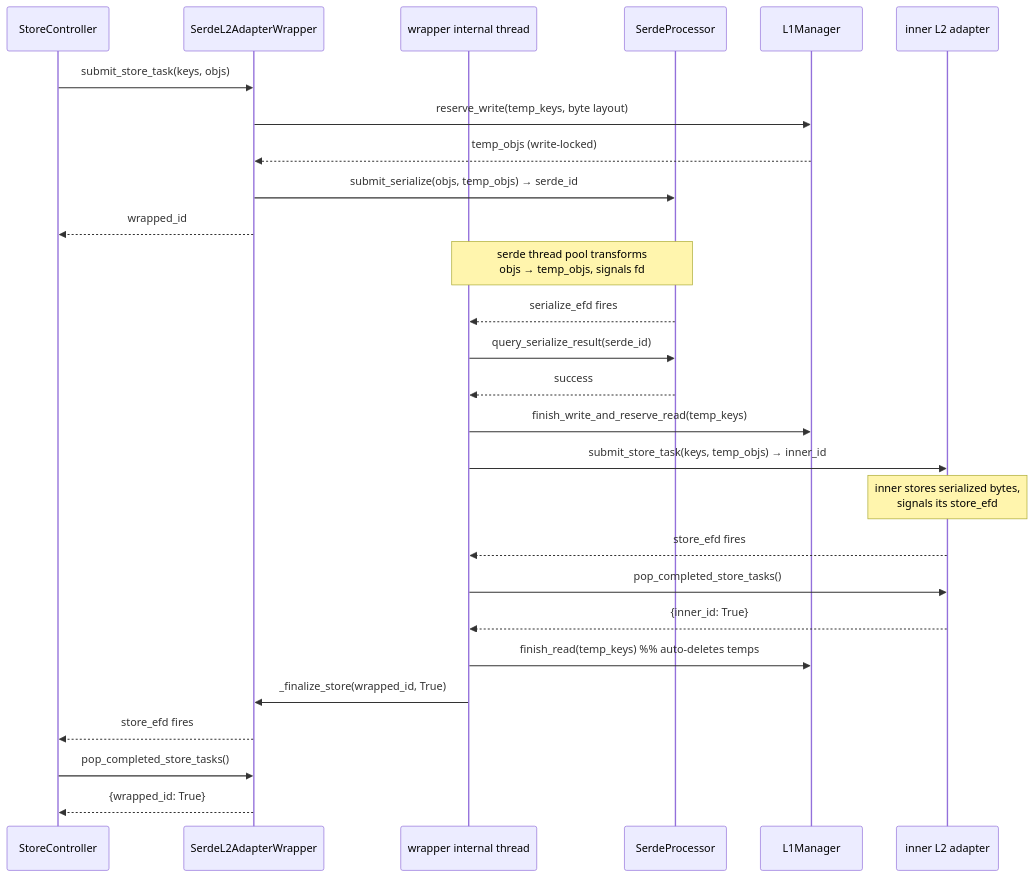
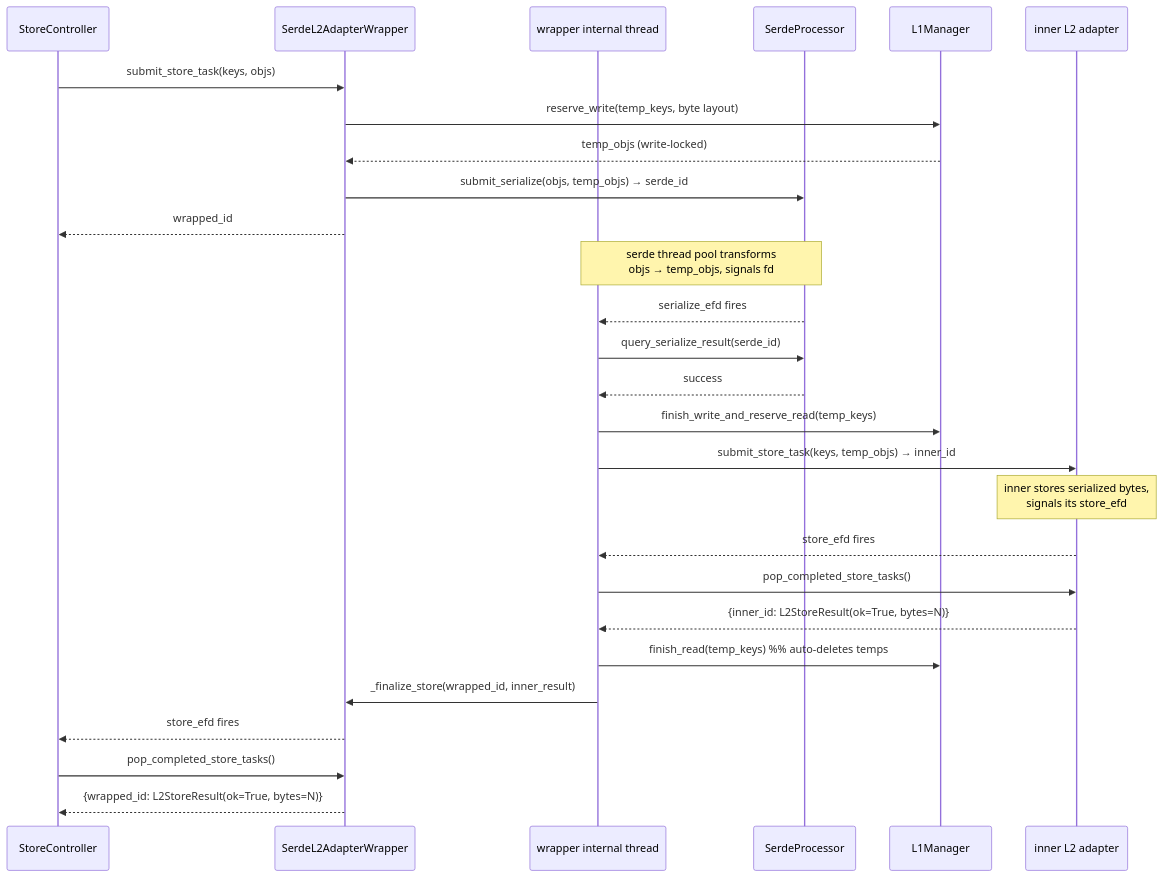
One commit to LMCache/LMCache changed the first of 2 diagrams in docs/design/v1/distributed/l2_adapters/serde_wrapper.md. Above: the diagram before and after it, drawn with Mermaid. The commit also changed other lines of this file and 2 other files, not shown here.

````diff
--- a/docs/design/v1/distributed/l2_adapters/serde_wrapper.md
+++ b/docs/design/v1/distributed/l2_adapters/serde_wrapper.md
@@ -97,35 +99,35 @@
 ```mermaid
 sequenceDiagram
     participant Controller as StoreController
     participant W as SerdeL2AdapterWrapper
     participant Thread as wrapper internal thread
     participant Serde as SerdeProcessor
     participant L1 as L1Manager
     participant Inner as inner L2 adapter
 
     Controller->>W: submit_store_task(keys, objs)
     W->>L1: reserve_write(temp_keys, byte layout)
     L1-->>W: temp_objs (write-locked)
     W->>Serde: submit_serialize(objs, temp_objs) → serde_id
     W-->>Controller: wrapped_id
 
     Note over Serde,Thread: serde thread pool transforms<br/>objs → temp_objs, signals fd
 
     Serde-->>Thread: serialize_efd fires
     Thread->>Serde: query_serialize_result(serde_id)
     Serde-->>Thread: success
     Thread->>L1: finish_write_and_reserve_read(temp_keys)
     Thread->>Inner: submit_store_task(keys, temp_objs) → inner_id
 
     Note over Inner: inner stores serialized bytes,<br/>signals its store_efd
 
     Inner-->>Thread: store_efd fires
     Thread->>Inner: pop_completed_store_tasks()
-    Inner-->>Thread: {inner_id: True}
+    Inner-->>Thread: {inner_id: L2StoreResult(ok=True, bytes=N)}
     Thread->>L1: finish_read(temp_keys)   %% auto-deletes temps
-    Thread->>W: _finalize_store(wrapped_id, True)
+    Thread->>W: _finalize_store(wrapped_id, inner_result)
     W-->>Controller: store_efd fires
 
     Controller->>W: pop_completed_store_tasks()
-    W-->>Controller: {wrapped_id: True}
+    W-->>Controller: {wrapped_id: L2StoreResult(ok=True, bytes=N)}
 ```
````
